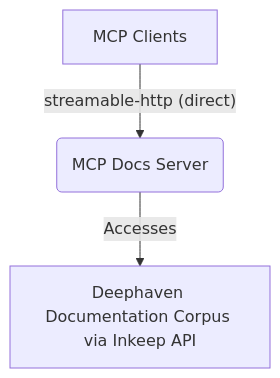
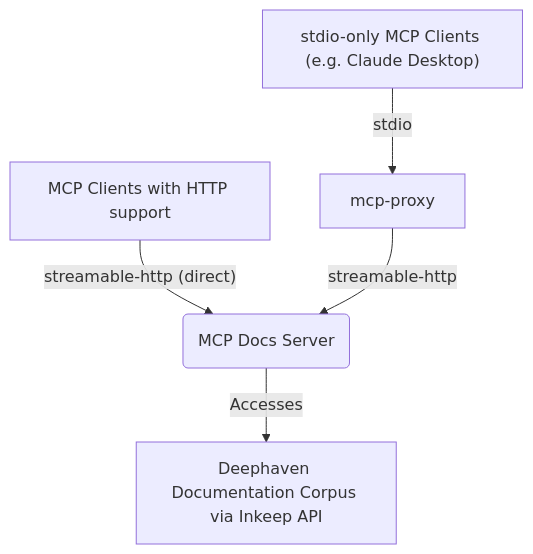
Before and after one commit to deephaven/deephaven-mcp: the second of 2 diagrams in README.md, drawn with Mermaid. The commit also changed other lines of this file and 49 other files, not shown here.

````diff
--- a/README.md
+++ b/README.md
@@ -513,5 +521,7 @@
 ```mermaid
 graph TD
-    A["MCP Clients"] --"streamable-http (direct)"--> B("MCP Docs Server")
+    A["MCP Clients with HTTP support"] --"streamable-http (direct)"--> B("MCP Docs Server")
+    C["stdio-only MCP Clients (e.g. Claude Desktop)"] --"stdio"--> D["mcp-proxy"]
+    D --"streamable-http"--> B
     B --"Accesses"--> E["Deephaven Documentation Corpus via Inkeep API"]
 ```
````
